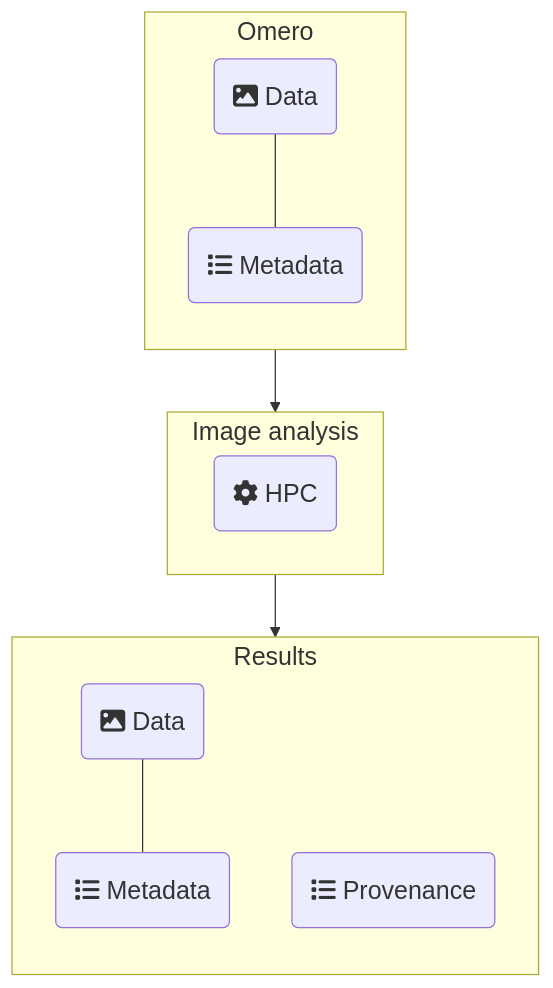
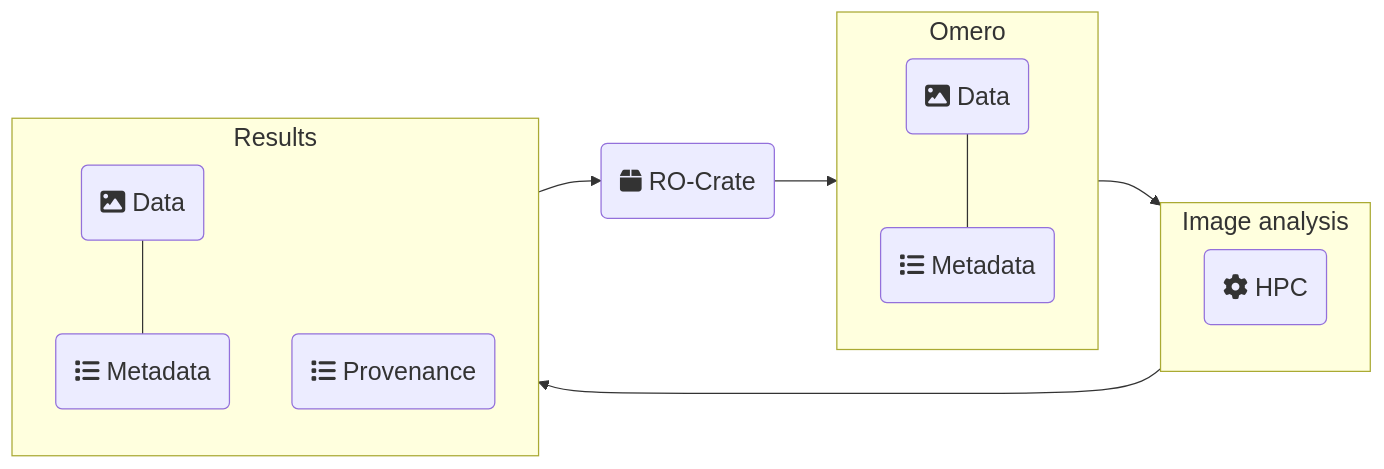
The diagram in docs/poster.md (NL-BioImaging/fair-segmentation), drawn with Mermaid before and after one commit.

````diff
--- a/docs/poster.md
+++ b/docs/poster.md
@@ -20,31 +20,33 @@
 ```mermaid
 ---
 config:
   themeVariables:
     fontSize: 20px
+  layout: fixed
 ---
-flowchart TD
-    subgraph omero[Omero]
-        direction TD
-        data(fa:fa-image Data) --- metadata(fa:fa-list Metadata)
-    end
-
-    omero --> analysis
-
-    subgraph analysis[Image analysis]
-        hpc(fa:fa-gear HPC)
-    end
-
-    analysis --> results
-
-    subgraph results[Results]
-        direction TD
-        data2(fa:fa-image Data) --- metadata2(fa:fa-list Metadata)
-        provenance(fa:fa-list Provenance)
-    end
-
-    %%results --> Omero
-
-    %% Styles
-    %% classDef default font-size:20
+flowchart LR
+  subgraph omero["Omero"]
+    direction TD
+        metadata("fa:fa-list Metadata")
+        data("fa:fa-image Data")
+  end
+  
+  subgraph analysis["Image analysis"]
+    direction TD
+        hpc("fa:fa-gear HPC")
+  end
+  
+  subgraph results["Results"]
+    direction TD
+        metadata2("fa:fa-list Metadata")
+        data2("fa:fa-image Data")
+        provenance("fa:fa-list Provenance")
+  end
+  
+  omero --> analysis
+  analysis --> results
+  data --- metadata
+  data2 --- metadata2
+  results --> rocrate("fa:fa-box RO-Crate")
+  rocrate --> omero
 ```
````
